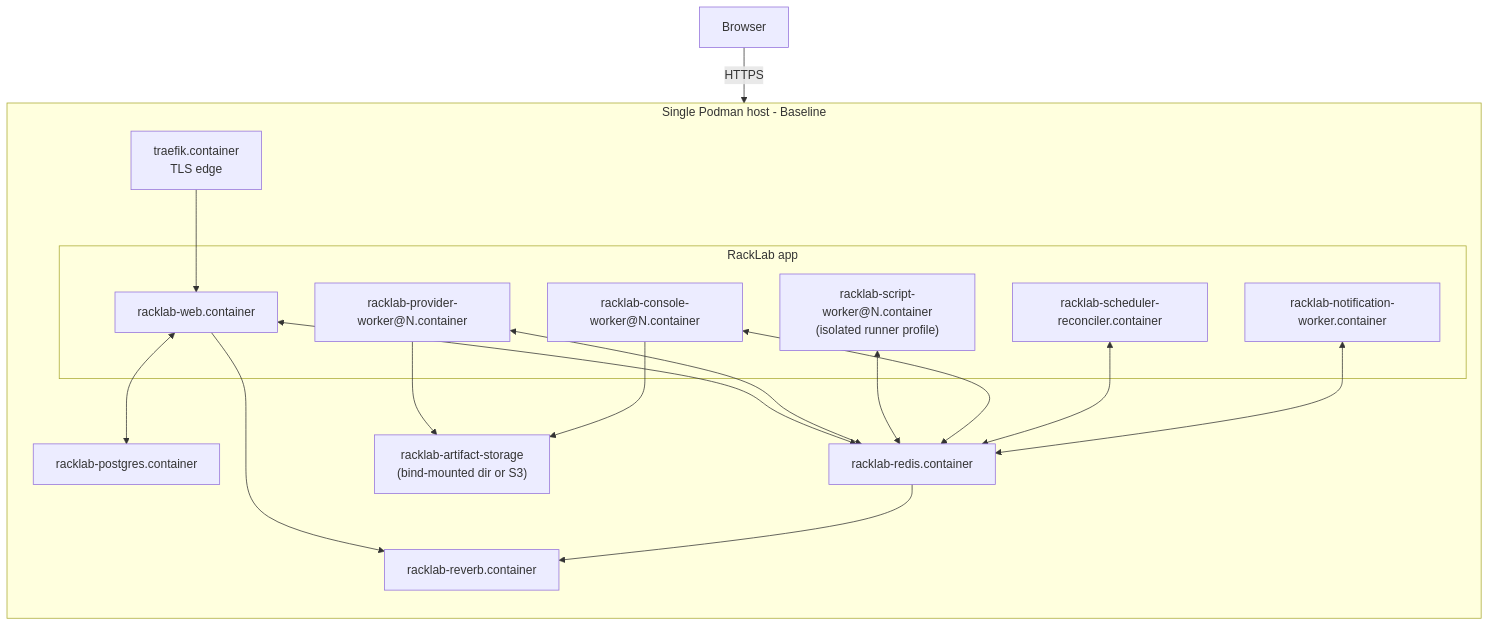
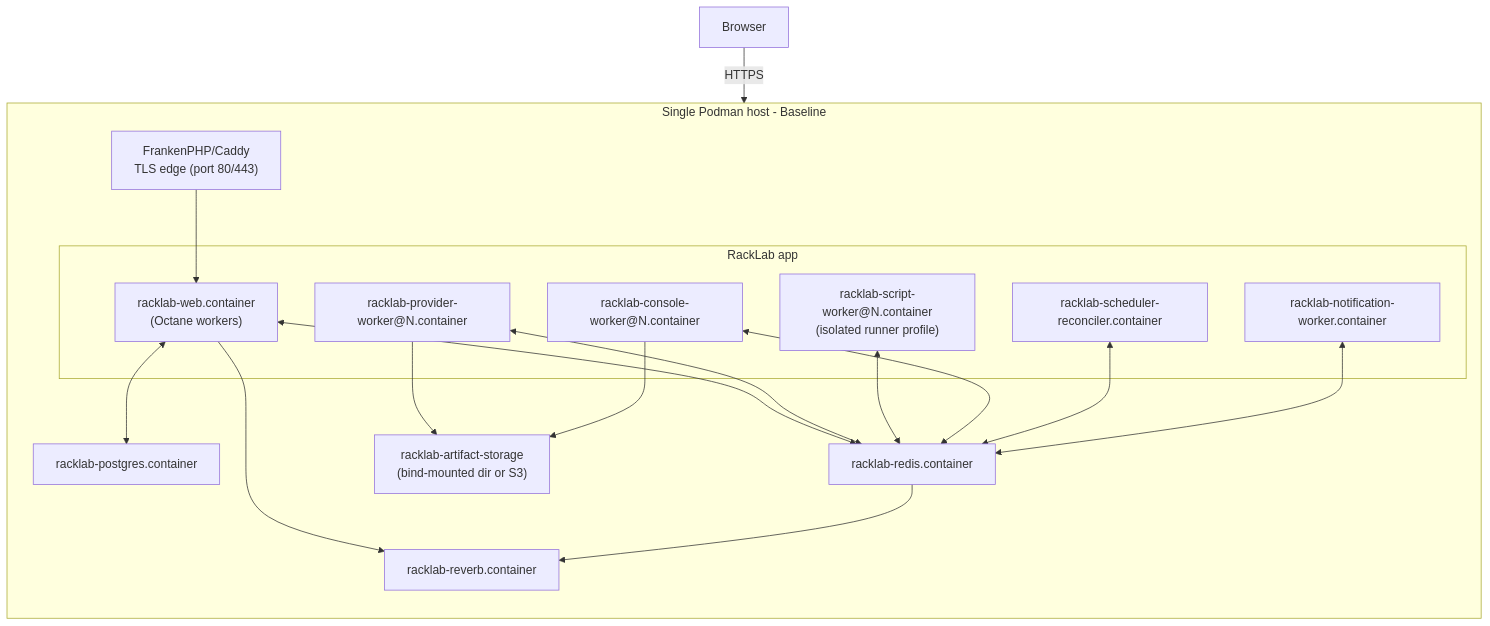
The third of 8 diagrams in docs/architecture/diagrams.md (cyberbalsa/racklab), drawn with Mermaid before and after one commit. The commit also changed other lines of this file and 35 other files, not shown here.

````diff
--- a/docs/architecture/diagrams.md
+++ b/docs/architecture/diagrams.md
@@ -129,37 +129,37 @@
 ```mermaid
 graph TB
     subgraph Host [Single Podman host - Baseline]
         direction TB
 
-        T["traefik.container<br/>TLS edge"]
+        T["FrankenPHP/Caddy<br/>TLS edge (port 80/443)"]
 
         subgraph App [RackLab app]
-            W["racklab-web.container"]
+            W["racklab-web.container<br/>(Octane workers)"]
             PW["racklab-provider-worker@N.container"]
             SW["racklab-script-worker@N.container<br/>(isolated runner profile)"]
             CW["racklab-console-worker@N.container"]
             SCW["racklab-scheduler-reconciler.container"]
             NW["racklab-notification-worker.container"]
         end
 
         PG["racklab-postgres.container"]
         RD["racklab-redis.container"]
         RV["racklab-reverb.container"]
         AS["racklab-artifact-storage<br/>(bind-mounted dir or S3)"]
 
         T --> W
         W <--> PG
         W <--> RD
         W --> RV
         PW <--> RD
         SW <--> RD
         CW <--> RD
         SCW <--> RD
         NW <--> RD
         RD --> RV
         PW --> AS
         CW --> AS
     end
 
     User[Browser] -- HTTPS --> T
 ```
````
